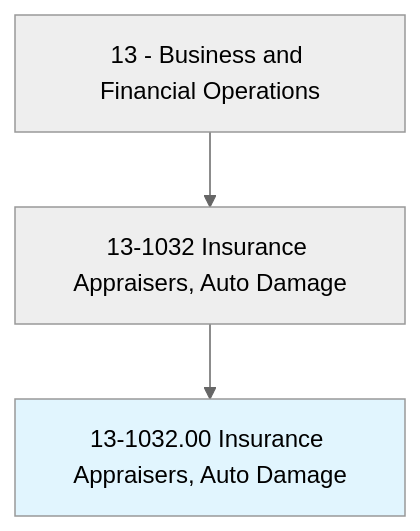
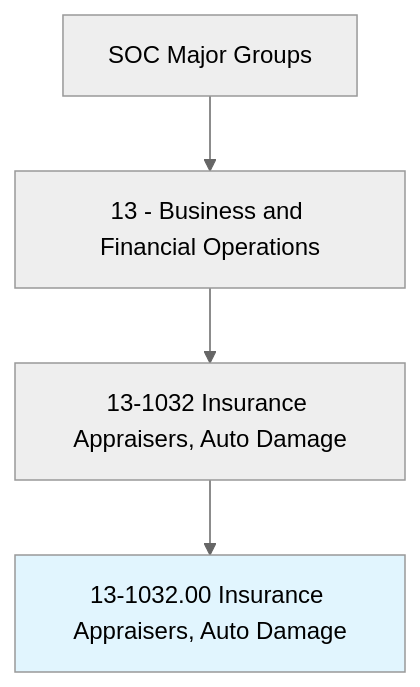
The first of 4 diagrams in occupations/Business/InsuranceAppraisersAutoDamage.mdx (kziemski/business.org.ai), drawn with Mermaid (neutral theme) before and after one commit. The commit also changed other lines of this file and 938 other files, not shown here.

````diff
--- a/occupations/Business/InsuranceAppraisersAutoDamage.mdx
+++ b/occupations/Business/InsuranceAppraisersAutoDamage.mdx
@@ -19,6 +25,7 @@
 ```mermaid
 graph TD
-    Cat13["13 - Business and Financial Operations"] --> Group131032["13-1032 Insurance Appraisers, Auto Damage"]
-    Group131032 --> Current["13-1032.00 Insurance Appraisers, Auto Damage"]
+    SOC["SOC Major Groups"] --> Cat13["13 - Business and Financial Operations"]
+    Cat13 --> G131032["13-1032 Insurance Appraisers, Auto Damage"]
+    G131032 --> Current["13-1032.00 Insurance Appraisers, Auto Damage"]
     style Current fill:#e1f5fe
 ```
````
